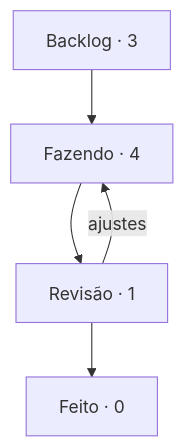
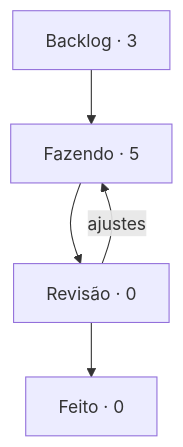
One commit to StudioVibi/VibiKanban changed the diagram in BOARD.md. Above: the diagram before and after it, drawn with Mermaid. The commit also changed other lines of this file and 1 other file, not shown here.

Commit message:
board: VK-3 Revisão → Fazendo (@isabellaherman)

````diff
--- a/BOARD.md
+++ b/BOARD.md
@@ -5,10 +5,10 @@
 ```mermaid
 flowchart TD
-  backlog["Backlog · 3"] --> doing["Fazendo · 4"]
-  doing --> review["Revisão · 1"]
+  backlog["Backlog · 3"] --> doing["Fazendo · 5"]
+  doing --> review["Revisão · 0"]
   review --> done["Feito · 0"]
   review -->|ajustes| doing
   doing:::blue
   review:::yellow
   done:::green
 ```
````
